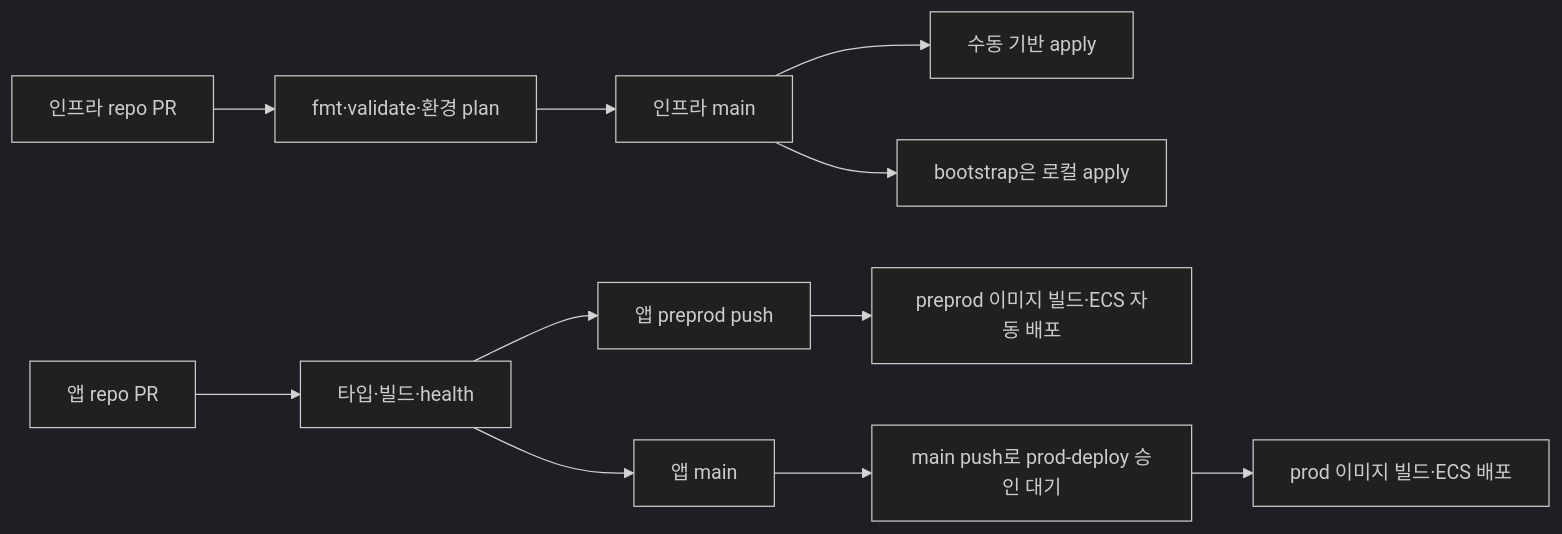
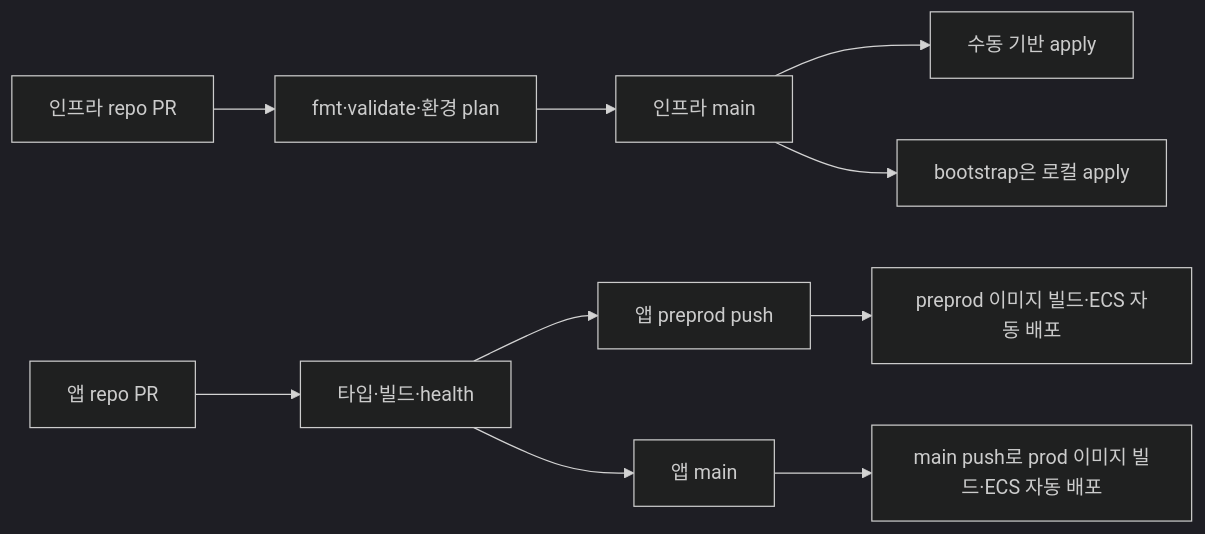
One commit to ban-dal/aws-ecs-fullstack-app changed the second of 2 diagrams in docs/architecture.md. Above: the diagram before and after it, drawn with Mermaid (dark theme). The commit also changed 4 other files, not shown here.

````diff
--- a/docs/architecture.md
+++ b/docs/architecture.md
@@ -43,13 +43,12 @@
 ```mermaid
 flowchart LR
   InfraPR[인프라 repo PR] --> Plan[fmt·validate·환경 plan]
   Plan --> InfraMain[인프라 main]
   InfraMain --> Foundation[수동 기반 apply]
   InfraMain --> Bootstrap[bootstrap은 로컬 apply]
   AppPR[앱 repo PR] --> AppCheck[타입·빌드·health]
   AppCheck --> Preprod[앱 preprod push]
   Preprod --> PreprodDeploy[preprod 이미지 빌드·ECS 자동 배포]
   AppCheck --> AppMain[앱 main]
-  AppMain --> ProdApproval[main push로 prod-deploy 승인 대기]
-  ProdApproval --> ProdDeploy[prod 이미지 빌드·ECS 배포]
+  AppMain --> ProdDeploy[main push로 prod 이미지 빌드·ECS 자동 배포]
 ```
````
